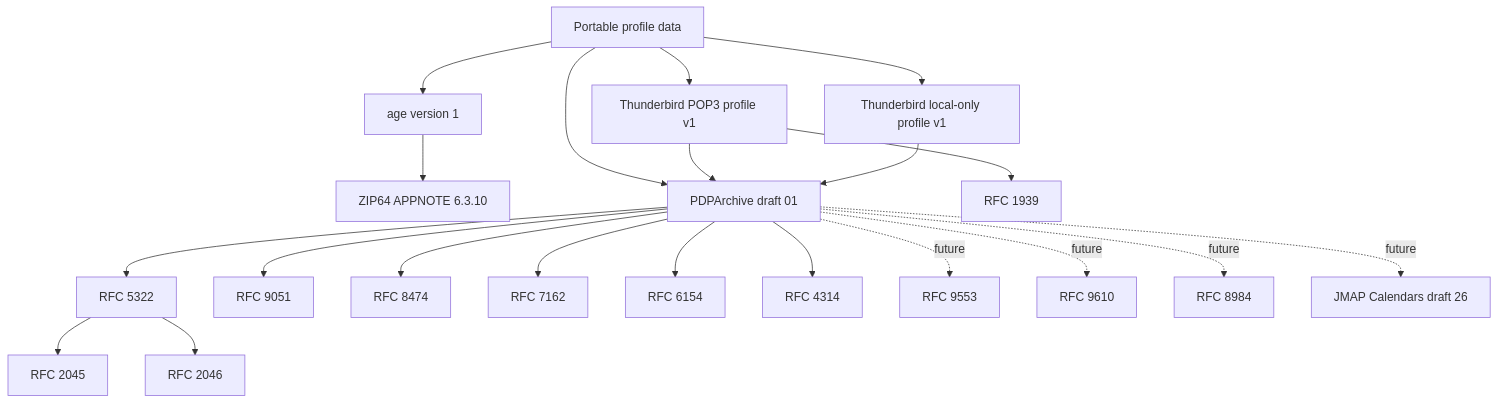
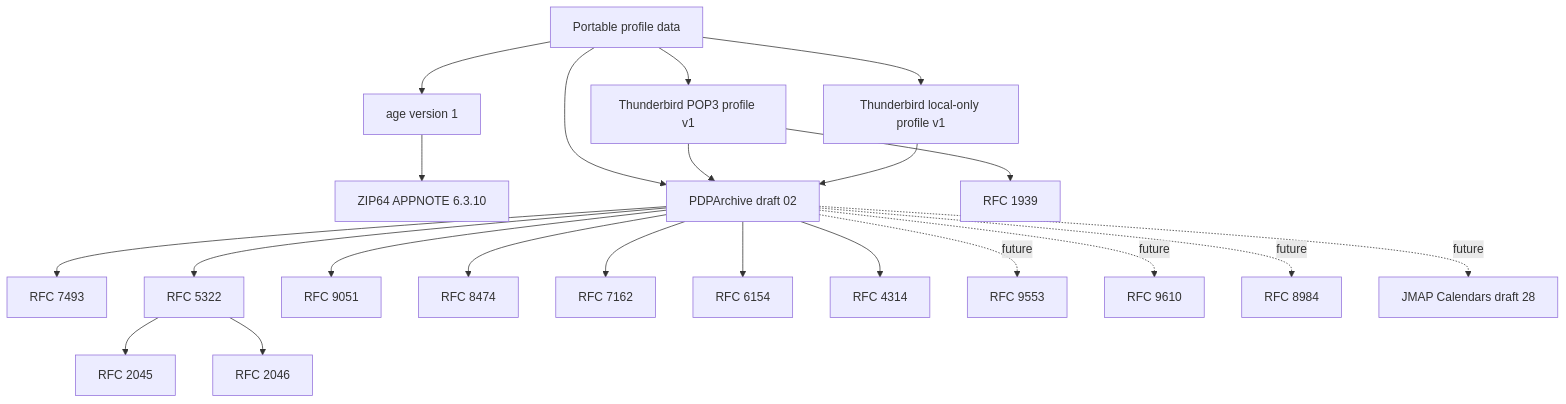
Before and after one commit to thunderbird/thunderbird-android: the diagram in docs/standards/portable-profile-data.md, drawn with Mermaid. The commit also changed other lines of this file and 3 other files, not shown here.

Commit message:
docs(technical-design): update PDPArchive to draft 02

````diff
--- a/docs/standards/portable-profile-data.md
+++ b/docs/standards/portable-profile-data.md
@@ -39,23 +40,24 @@
 ```mermaid
 graph TD
     PROFILE[Portable profile data] --> AGE[age version 1]
     AGE --> ZIP[ZIP64 APPNOTE 6.3.10]
-    PROFILE --> PDPA[PDPArchive draft 01]
+    PROFILE --> PDPA[PDPArchive draft 02]
+    PDPA --> IJSON[RFC 7493]
     PDPA --> IMF[RFC 5322]
     IMF --> MIME1[RFC 2045]
     IMF --> MIME2[RFC 2046]
     PDPA --> IMAP[RFC 9051]
     PDPA --> OBJECTID[RFC 8474]
     PDPA --> CONDSTORE[RFC 7162]
     PDPA --> SPECIALUSE[RFC 6154]
     PDPA --> ACL[RFC 4314]
     PROFILE --> POPPROFILE[Thunderbird POP3 profile v1]
     PROFILE --> LOCALPROFILE[Thunderbird local-only profile v1]
     POPPROFILE --> POP3[RFC 1939]
     POPPROFILE --> PDPA
     LOCALPROFILE --> PDPA
     PDPA -. future .-> JSCONTACT[RFC 9553]
     PDPA -. future .-> JMAPCONTACTS[RFC 9610]
     PDPA -. future .-> JSCALENDAR[RFC 8984]
-    PDPA -. future .-> JMAPCAL[JMAP Calendars draft 26]
+    PDPA -. future .-> JMAPCAL[JMAP Calendars draft 28]
 ```
````
